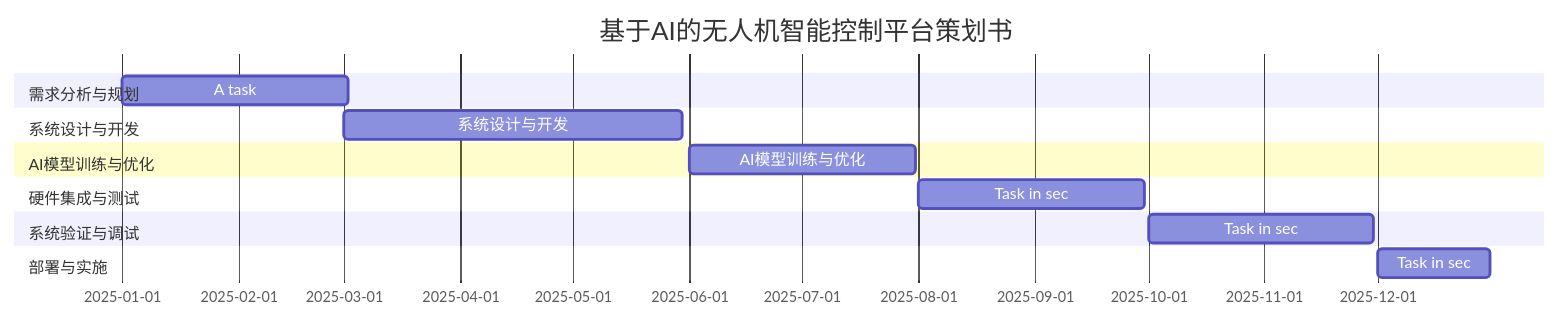
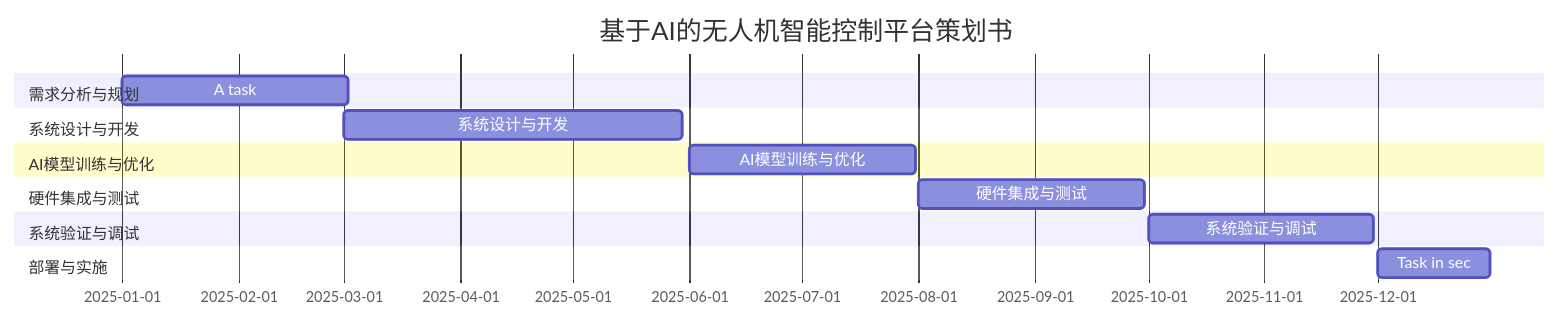
Before and after one commit to libobo6/iodraw-files: the diagram in all/代码甘特图.md, drawn with Mermaid.

Commit message:
2025-01-14 10:58:20 update

````diff
--- a/all/代码甘特图.md
+++ b/all/代码甘特图.md
@@ -1,17 +1,17 @@
 ```mermaid
 gantt
     title 基于AI的无人机智能控制平台策划书
     dateFormat  YYYY-MM-DD
     section 需求分析与规划
     A task           :2025-01-01, 60d
     section 系统设计与开发
     系统设计与开发      :2025-03-01, 90d
     section AI模型训练与优化
     AI模型训练与优化     :2025-06-01  , 60d
     section 硬件集成与测试
-    Task in sec      :2025-08-01  , 60d
+    硬件集成与测试     :2025-08-01  , 60d
     section 系统验证与调试
-    Task in sec      :2025-10-01  , 60d
+    系统验证与调试     :2025-10-01  , 60d
     section 部署与实施
     Task in sec      :2025-12-01  , 30d
 ```
````
